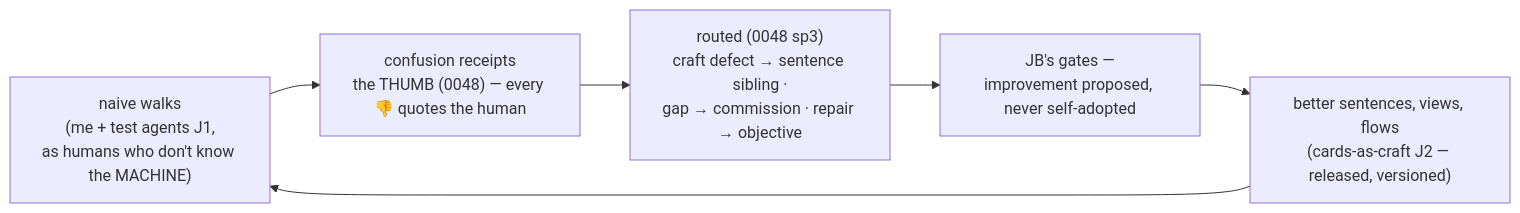
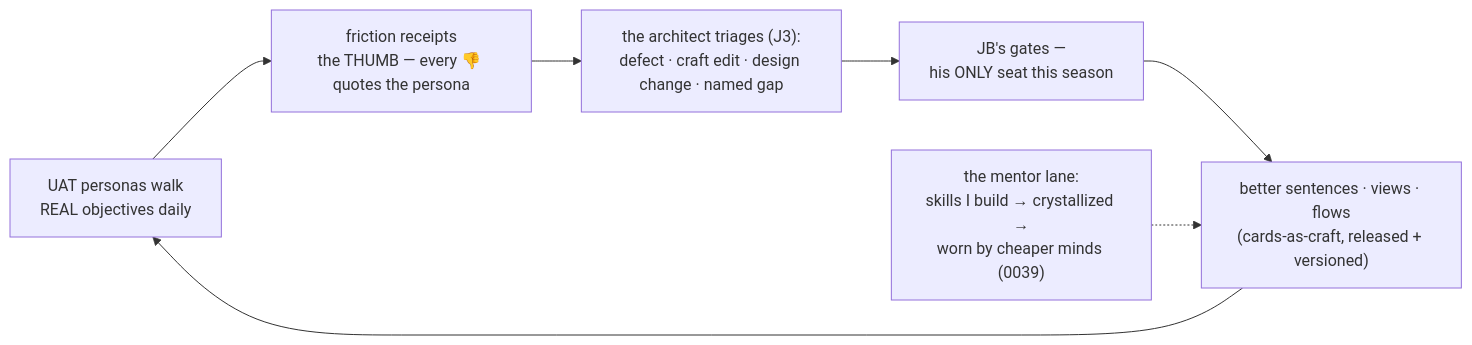
Before and after one commit to iotlodge/orreth: the diagram in docs/design/0049-the-legible-machine.md, drawn with Mermaid. The commit also changed other lines of this file and 1 other file, not shown here.

````diff
--- a/docs/design/0049-the-legible-machine.md
+++ b/docs/design/0049-the-legible-machine.md
@@ -140,8 +196,9 @@
 ```mermaid
 flowchart LR
-  W["naive walks<br/>(me + test agents J1,<br/>as humans who don't know the MACHINE)"] --> R["confusion receipts<br/>the THUMB (0048) — every 👎 quotes the human"]
-  R --> RT["routed (0048 sp3)<br/>craft defect → sentence sibling ·<br/>gap → commission · repair → objective"]
-  RT --> G["JB's gates —<br/>improvement proposed, never self-adopted"]
-  G --> S["better sentences, views, flows<br/>(cards-as-craft J2 — released, versioned)"]
+  W["UAT personas walk<br/>REAL objectives daily"] --> R["friction receipts<br/>the THUMB — every 👎 quotes the persona"]
+  R --> T["the architect triages (J3):<br/>defect · craft edit · design change · named gap"]
+  T --> G["JB's gates —<br/>his ONLY seat this season"]
+  G --> S["better sentences · views · flows<br/>(cards-as-craft, released + versioned)"]
   S --> W
+  M["the mentor lane:<br/>skills I build → crystallized →<br/>worn by cheaper minds (0039)"] -.-> S
 ```
````
